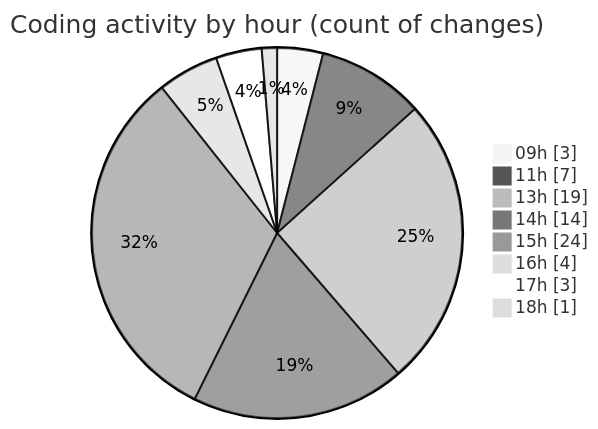
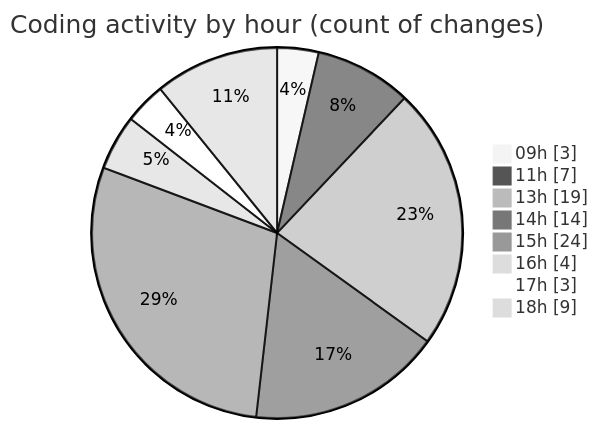
The second of 2 diagrams in 2026-10-19/cda/README.md (momahboobian/code-tracking), drawn with Mermaid (neutral theme) before and after one commit. The commit also changed other lines of this file and 1 other file, not shown here.

````diff
--- a/2026-10-19/cda/README.md
+++ b/2026-10-19/cda/README.md
@@ -54,12 +57,12 @@
 ```mermaid
 pie showData
 title Coding activity by hour (count of changes)
 "09h" : 3
 "11h" : 7
 "13h" : 19
 "14h" : 14
 "15h" : 24
 "16h" : 4
 "17h" : 3
-"18h" : 1
+"18h" : 9
 ```
````
